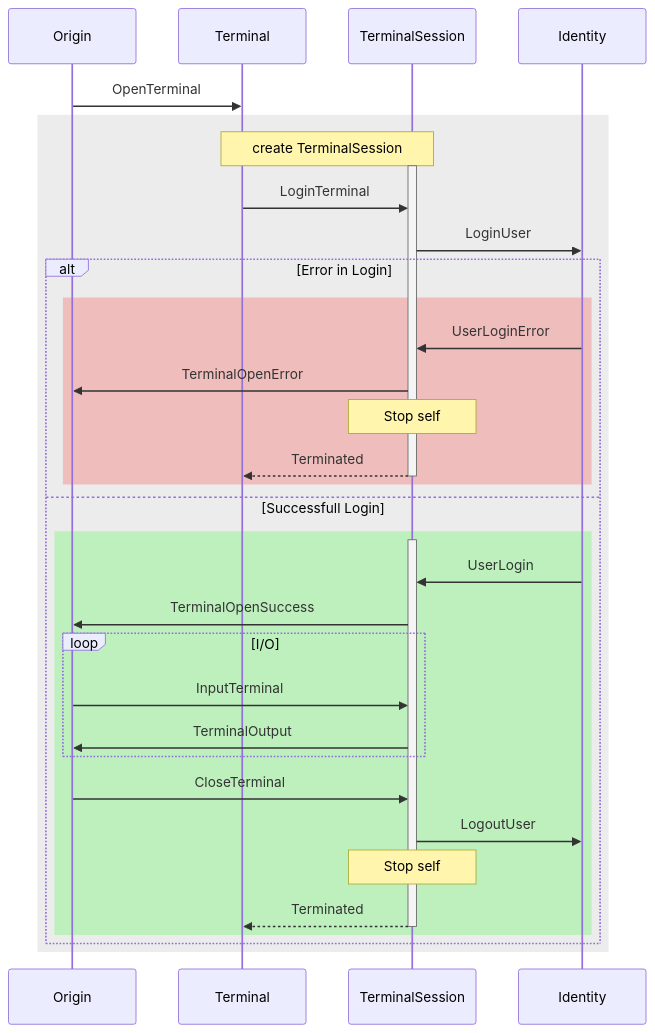
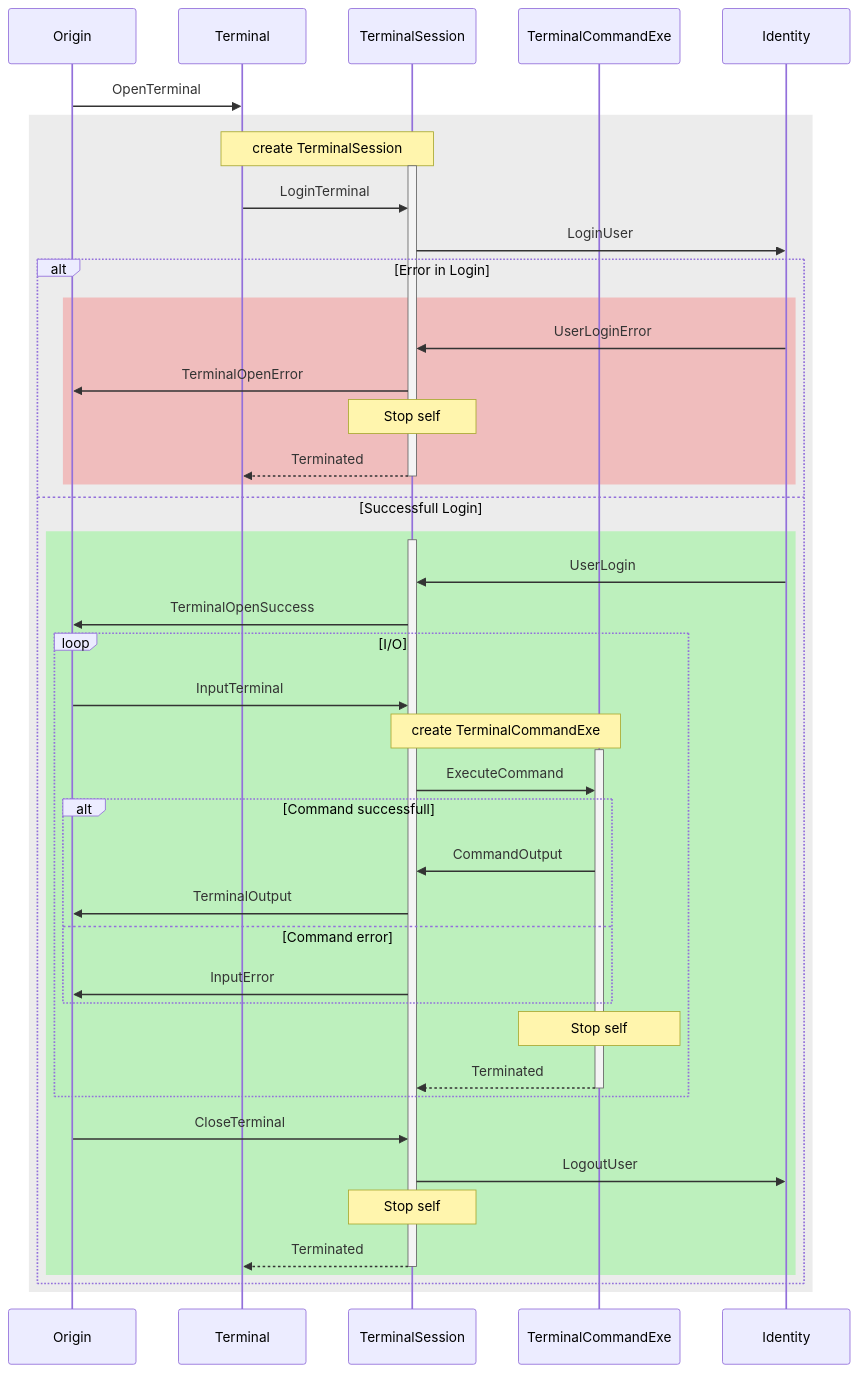
The diagram in src/Actor.GameHub.Terminal.Abstractions/terminal-model.mmd (flensrocker/Actor.GameHub), drawn with Mermaid before and after one commit. The commit also changed 5 other files, not shown here.

Commit message:
Terminal - Execution of command in own actor

```diff
--- a/src/Actor.GameHub.Terminal.Abstractions/terminal-model.mmd
+++ b/src/Actor.GameHub.Terminal.Abstractions/terminal-model.mmd
@@ -1,37 +1,49 @@
 sequenceDiagram
   participant o as Origin
   participant t as Terminal
   participant ts as TerminalSession
+  participant tce as TerminalCommandExe
   participant id as Identity
 
   o->>t:OpenTerminal
   rect rgba(160, 160, 160, .2)
     Note over t,ts:create TerminalSession
     activate ts
     t->>ts:LoginTerminal
     ts->>id:LoginUser
     alt Error in Login
       rect rgba(255, 0, 0, .2)
         id->>ts:UserLoginError
         ts->>o:TerminalOpenError
         Note over ts:Stop self
         ts-->>t:Terminated
         deactivate ts
       end
     else Successfull Login
       rect rgba(0, 255, 0, .2)
         activate ts
         id->>ts:UserLogin
         ts->>o:TerminalOpenSuccess
         loop I/O
           o->>ts:InputTerminal
-          ts->>o:TerminalOutput
+          Note over ts,tce:create TerminalCommandExe
+          activate tce
+          ts->>tce:ExecuteCommand
+          alt Command successfull
+            tce->>ts:CommandOutput
+            ts->>o:TerminalOutput
+          else Command error
+            ts->>o:InputError
+          end
+          Note over tce:Stop self
+          tce-->>ts:Terminated
+          deactivate tce
         end
         o->>ts:CloseTerminal
         ts->>id:LogoutUser
         Note over ts:Stop self
         ts-->>t:Terminated
         deactivate ts
       end
     end
   end
```
